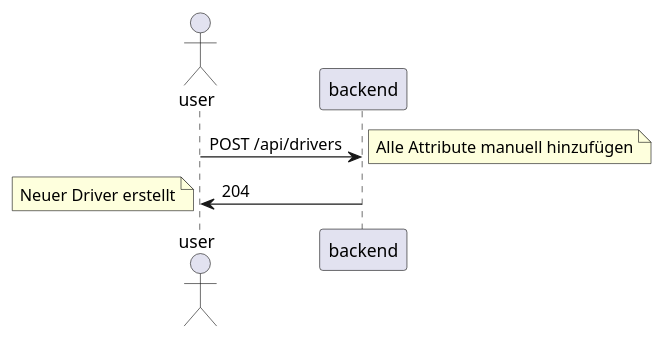
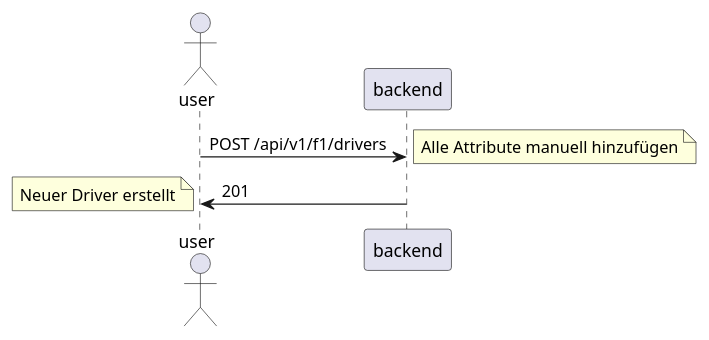
One commit to Noeell/openapiproject changed the third of 5 diagrams in Formel1.adoc. Above: the diagram before and after it, drawn with PlantUML. The commit also changed other lines of this file and 3 other files, not shown here.

```diff
--- a/Formel1.adoc
+++ b/Formel1.adoc
@@ -96,14 +95,14 @@
 [plantuml]
 ----
 @startuml
 
 actor user
 
-user -> backend : POST /api/drivers
+user -> backend : POST /api/v1/f1/drivers
 note right: Alle Attribute manuell hinzufügen
-backend -> user : 204
+backend -> user : 201
 note left: Neuer Driver erstellt
 
 
 @enduml
 ----
```
